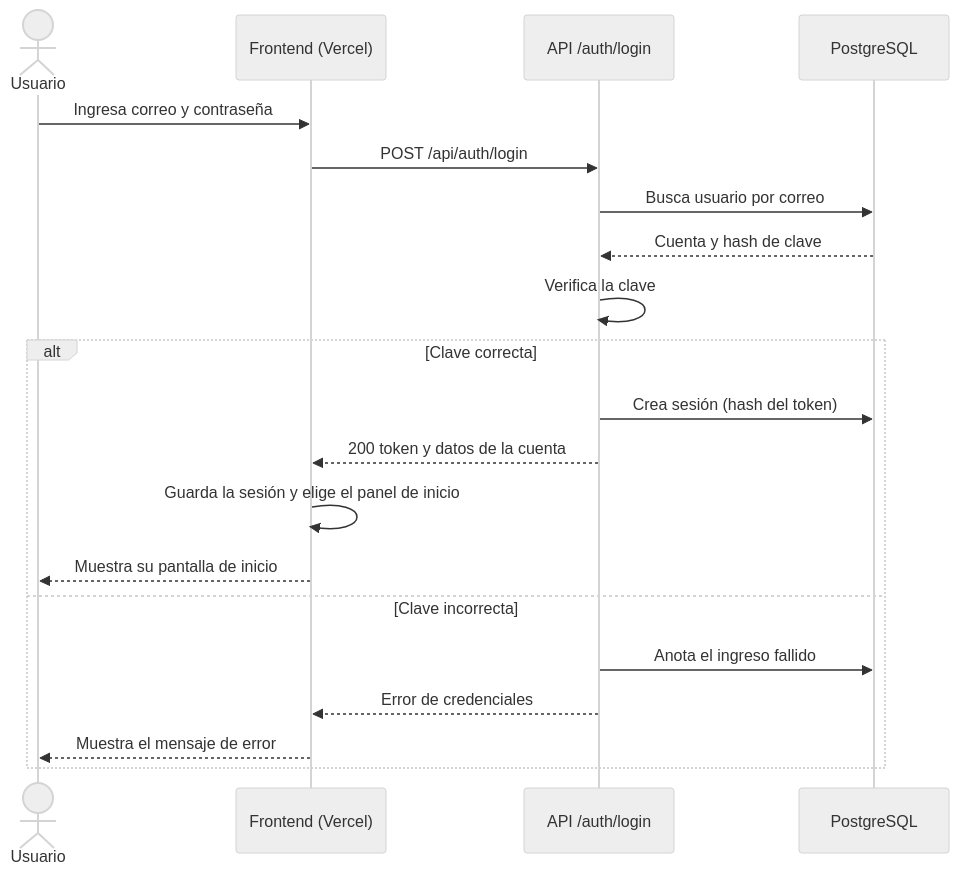
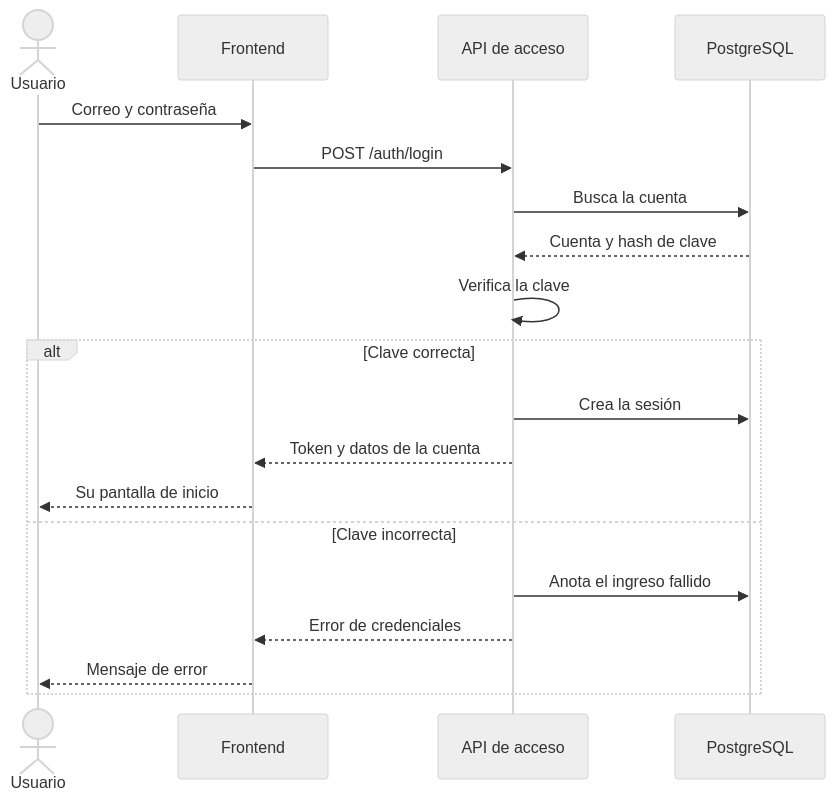
The diagram in docs/documentacion/diagramas/sec1_login.mmd (JSSAgrofresh/agrofresh_report_hub), drawn with Mermaid (neutral theme) before and after one commit. The commit also changed 42 other files, not shown here.

```diff
--- a/docs/documentacion/diagramas/sec1_login.mmd
+++ b/docs/documentacion/diagramas/sec1_login.mmd
@@ -1,20 +1,19 @@
 sequenceDiagram
     actor usuario as Usuario
-    participant front as Frontend (Vercel)
-    participant api as API /auth/login
+    participant front as Frontend
+    participant api as API de acceso
     participant bd as PostgreSQL
-    usuario->>front: Ingresa correo y contraseña
-    front->>api: POST /api/auth/login
-    api->>bd: Busca usuario por correo
+    usuario->>front: Correo y contraseña
+    front->>api: POST /auth/login
+    api->>bd: Busca la cuenta
     bd-->>api: Cuenta y hash de clave
     api->>api: Verifica la clave
     alt Clave correcta
-        api->>bd: Crea sesión (hash del token)
-        api-->>front: 200 token y datos de la cuenta
-        front->>front: Guarda la sesión y elige el panel de inicio
-        front-->>usuario: Muestra su pantalla de inicio
+        api->>bd: Crea la sesión
+        api-->>front: Token y datos de la cuenta
+        front-->>usuario: Su pantalla de inicio
     else Clave incorrecta
         api->>bd: Anota el ingreso fallido
         api-->>front: Error de credenciales
-        front-->>usuario: Muestra el mensaje de error
+        front-->>usuario: Mensaje de error
     end
```
